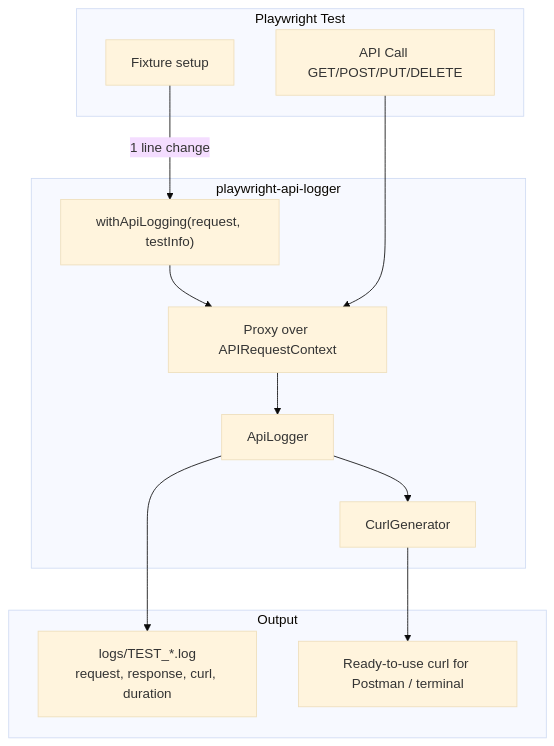
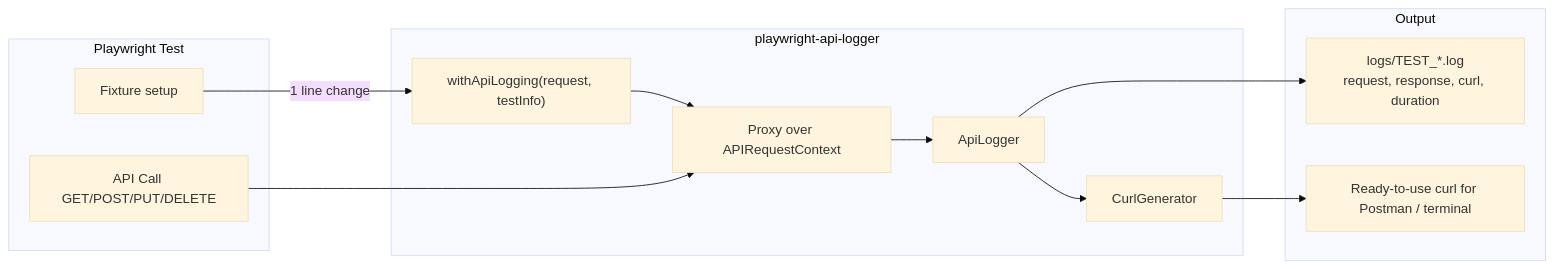
Before and after one commit to AZANIR/playwright-api-logger: the diagram in README.md, drawn with Mermaid (base theme). The commit also changed other lines of this file and 4 other files, not shown here.

````diff
--- a/README.md
+++ b/README.md
@@ -23,27 +23,27 @@
 ```mermaid
-flowchart TD
+flowchart LR
     subgraph T[Playwright Test]
         F[Fixture setup]
         C[API Call GET/POST/PUT/DELETE]
     end
 
     subgraph P[playwright-api-logger]
         W["withApiLogging(request, testInfo)"]
         PR[Proxy over APIRequestContext]
         AL[ApiLogger]
         CG[CurlGenerator]
     end
 
     subgraph O[Output]
         LOG["logs/TEST_*.log<br/>request, response, curl, duration"]
         RC[Ready-to-use curl for Postman / terminal]
     end
 
     F -->|"1 line change"| W
     W --> PR
     C --> PR
     PR --> AL
     AL --> LOG
     AL --> CG
     CG --> RC
 ```
````
